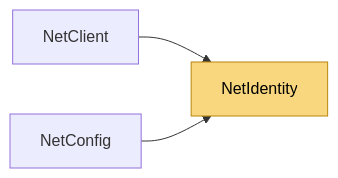
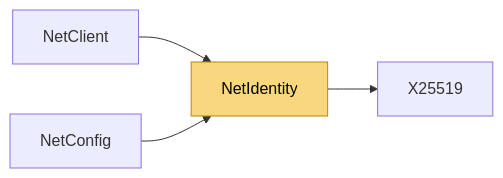
The diagram in docs/Code/Pipeline/Security/NetIdentity.md (VladislavKresov/NetSync), drawn with Mermaid before and after one commit. The commit also changed other lines of this file and 56 other files, not shown here.

Commit message:
Docs: limitations and roadmap after rc.6 work; regenerated code reference

````diff
--- a/docs/Code/Pipeline/Security/NetIdentity.md
+++ b/docs/Code/Pipeline/Security/NetIdentity.md
@@ -61,7 +59,8 @@
 ```mermaid
 flowchart LR
   m_NetIdentity["NetIdentity"]:::self
+  m_NetIdentity --> m_X25519["X25519"]
   m_NetClient["NetClient"] --> m_NetIdentity
   m_NetConfig["NetConfig"] --> m_NetIdentity
   classDef self fill:#f9d77e,stroke:#b8860b,color:#000
 ```
````
